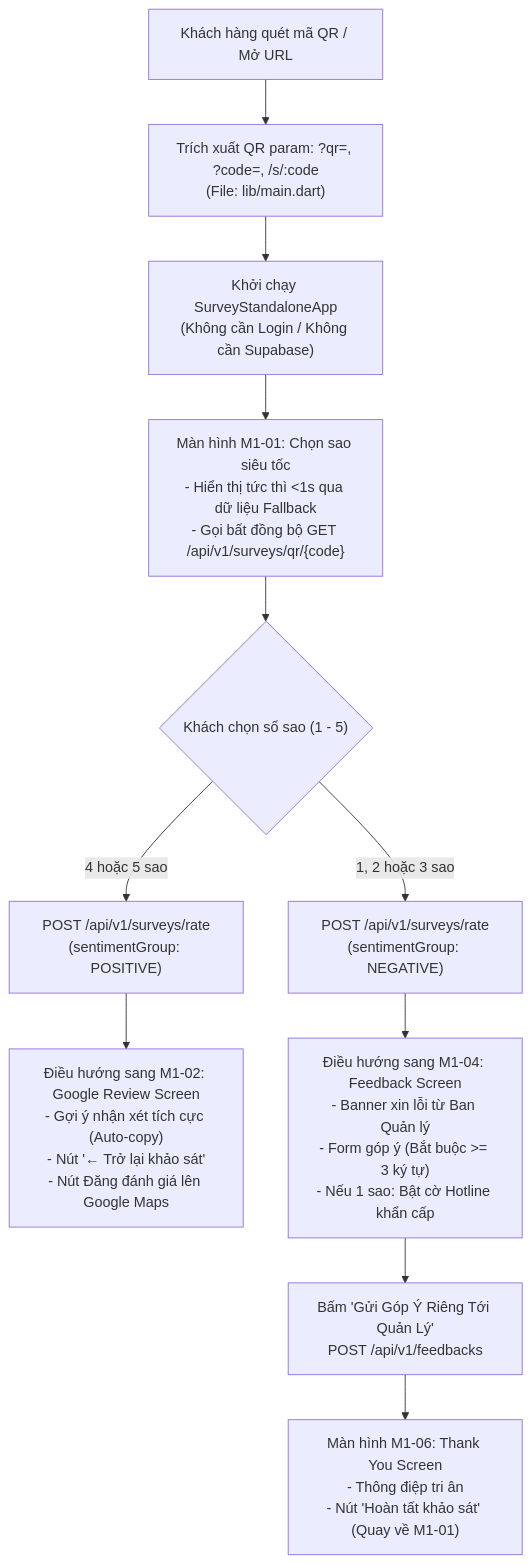
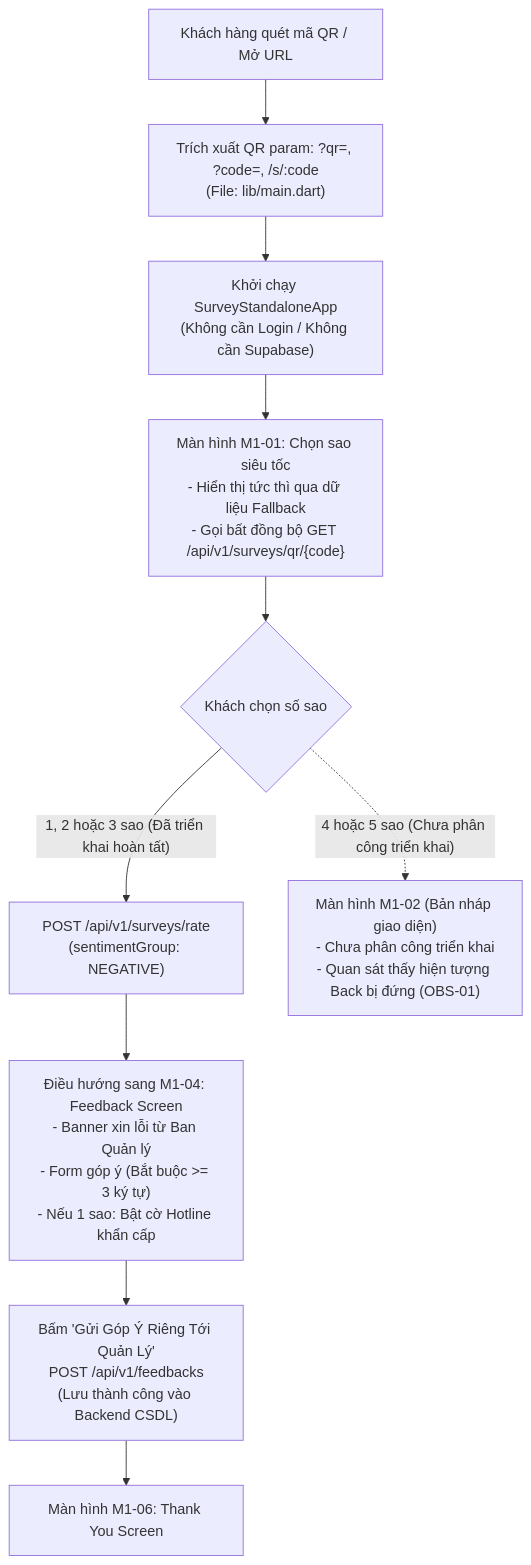
The diagram in testing/SCRUM-189/analysis-report.md (Krydecres/CX-SHIELD), drawn with Mermaid before and after one commit. The commit also changed other lines of this file and 3 other files, not shown here.

````diff
--- a/testing/SCRUM-189/analysis-report.md
+++ b/testing/SCRUM-189/analysis-report.md
@@ -36,19 +39,16 @@
 ```mermaid
 flowchart TD
     Scan["Khách hàng quét mã QR / Mở URL"] --> Parse["Trích xuất QR param: ?qr=, ?code=, /s/:code<br/>(File: lib/main.dart)"]
     Parse --> Standalone["Khởi chạy SurveyStandaloneApp<br/>(Không cần Login / Không cần Supabase)"]
     
-    Standalone --> ScreenM101["Màn hình M1-01: Chọn sao siêu tốc<br/>- Hiển thị tức thì <1s qua dữ liệu Fallback<br/>- Gọi bất đồng bộ GET /api/v1/surveys/qr/{code}"]
+    Standalone --> ScreenM101["Màn hình M1-01: Chọn sao siêu tốc<br/>- Hiển thị tức thì qua dữ liệu Fallback<br/>- Gọi bất đồng bộ GET /api/v1/surveys/qr/{code}"]
     
-    ScreenM101 --> UserRate{"Khách chọn số sao (1 - 5)"}
+    ScreenM101 --> UserRate{"Khách chọn số sao"}
     
-    UserRate -- "4 hoặc 5 sao" --> SubmitRatePos["POST /api/v1/surveys/rate<br/>(sentimentGroup: POSITIVE)"]
-    UserRate -- "1, 2 hoặc 3 sao" --> SubmitRateNeg["POST /api/v1/surveys/rate<br/>(sentimentGroup: NEGATIVE)"]
+    UserRate -- "1, 2 hoặc 3 sao (Đã triển khai hoàn tất)" --> SubmitRateNeg["POST /api/v1/surveys/rate<br/>(sentimentGroup: NEGATIVE)"]
+    SubmitRateNeg --> NavM104["Điều hướng sang M1-04: Feedback Screen<br/>- Banner xin lỗi từ Ban Quản lý<br/>- Form góp ý (Bắt buộc >= 3 ký tự)<br/>- Nếu 1 sao: Bật cờ Hotline khẩn cấp"]
+    NavM104 --> SubmitFB["Bấm 'Gửi Góp Ý Riêng Tới Quản Lý'<br/>POST /api/v1/feedbacks<br/>(Lưu thành công vào Backend CSDL)"]
+    SubmitFB --> ScreenM106["Màn hình M1-06: Thank You Screen"]
     
-    SubmitRatePos --> NavM102["Điều hướng sang M1-02: Google Review Screen<br/>- Gợi ý nhận xét tích cực (Auto-copy)<br/>- Nút '← Trở lại khảo sát'<br/>- Nút Đăng đánh giá lên Google Maps"]
-    
-    SubmitRateNeg --> NavM104["Điều hướng sang M1-04: Feedback Screen<br/>- Banner xin lỗi từ Ban Quản lý<br/>- Form góp ý (Bắt buộc >= 3 ký tự)<br/>- Nếu 1 sao: Bật cờ Hotline khẩn cấp"]
-    
-    NavM104 --> SubmitFB["Bấm 'Gửi Góp Ý Riêng Tới Quản Lý'<br/>POST /api/v1/feedbacks"]
-    SubmitFB --> ScreenM106["Màn hình M1-06: Thank You Screen<br/>- Thông điệp tri ân<br/>- Nút 'Hoàn tất khảo sát' (Quay về M1-01)"]
+    UserRate -.->|"4 hoặc 5 sao (Chưa phân công triển khai)"| ScreenM102Draft["Màn hình M1-02 (Bản nháp giao diện)<br/>- Chưa phân công triển khai<br/>- Quan sát thấy hiện tượng Back bị đứng (OBS-01)"]
 ```
````
